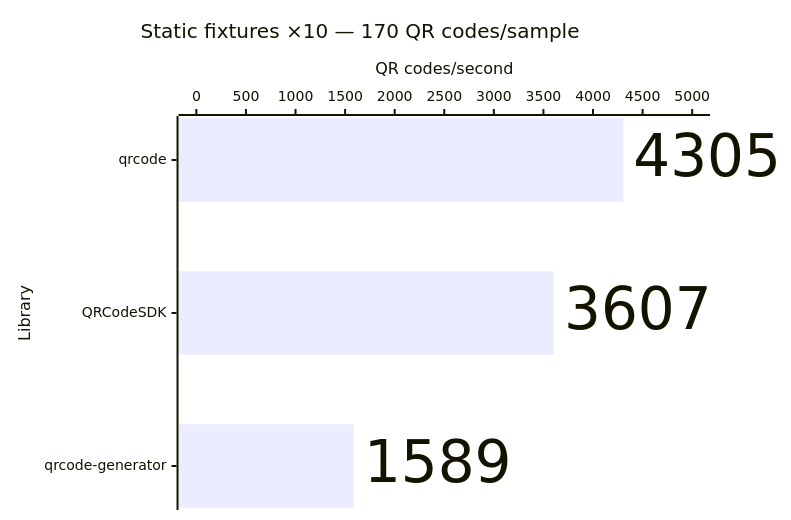
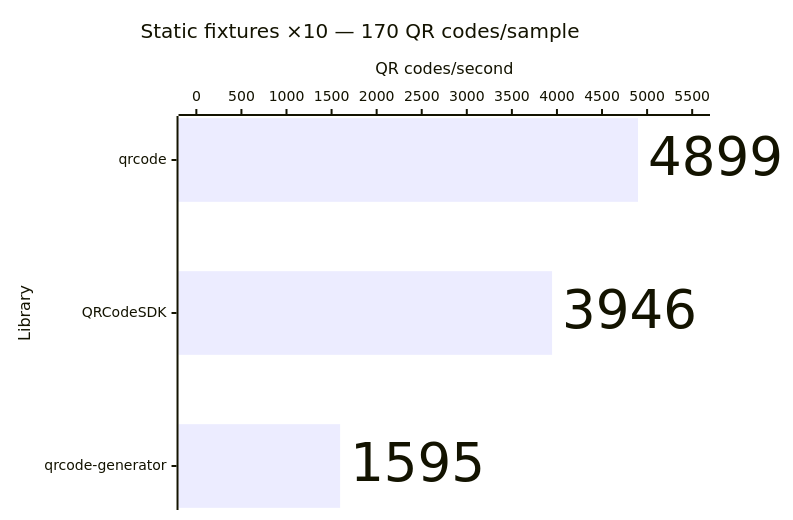
The ninth of 14 diagrams in apps/docs/src/content/docs/learn/performance.md (Dafnik/qrcodesdk), drawn with Mermaid before and after one commit. The commit also changed other lines of this file, not shown here.

````diff
--- a/apps/docs/src/content/docs/learn/performance.md
+++ b/apps/docs/src/content/docs/learn/performance.md
@@ -198,15 +198,15 @@
 ```mermaid
 ---
 config:
   xyChart:
     showDataLabel: true
     showDataLabelOutsideBar: true
 ---
 xychart horizontal
   accTitle: SVG generation: Static fixtures ×10 — 170 QR codes/sample
-  accDescr: Throughput calculated from median time. qrcode 4,305 QR codes per second, QRCodeSDK 3,607 QR codes per second, qrcode-generator 1,589 QR codes per second. Higher is better.
+  accDescr: Throughput calculated from median time. qrcode 4,899 QR codes per second, QRCodeSDK 3,946 QR codes per second, qrcode-generator 1,595 QR codes per second. Higher is better.
   title "Static fixtures ×10 — 170 QR codes/sample"
   x-axis "Library" ["qrcode", "QRCodeSDK", "qrcode-generator"]
-  y-axis "QR codes/second" 0 --> 5000
-  bar [4305, 3607, 1589]
+  y-axis "QR codes/second" 0 --> 5500
+  bar [4899, 3946, 1595]
 ```
````
